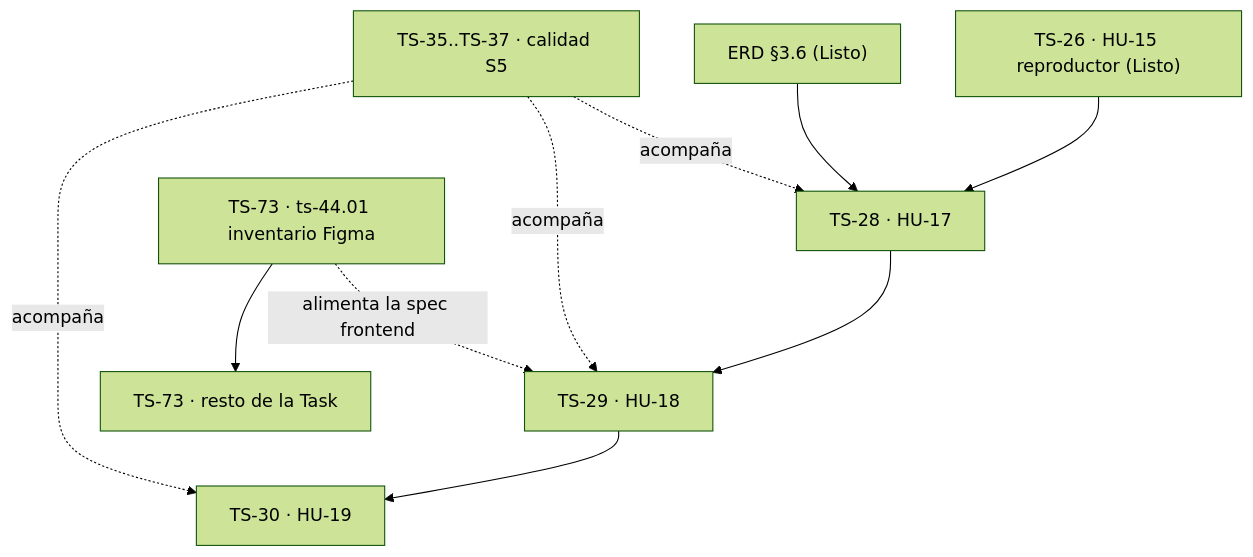
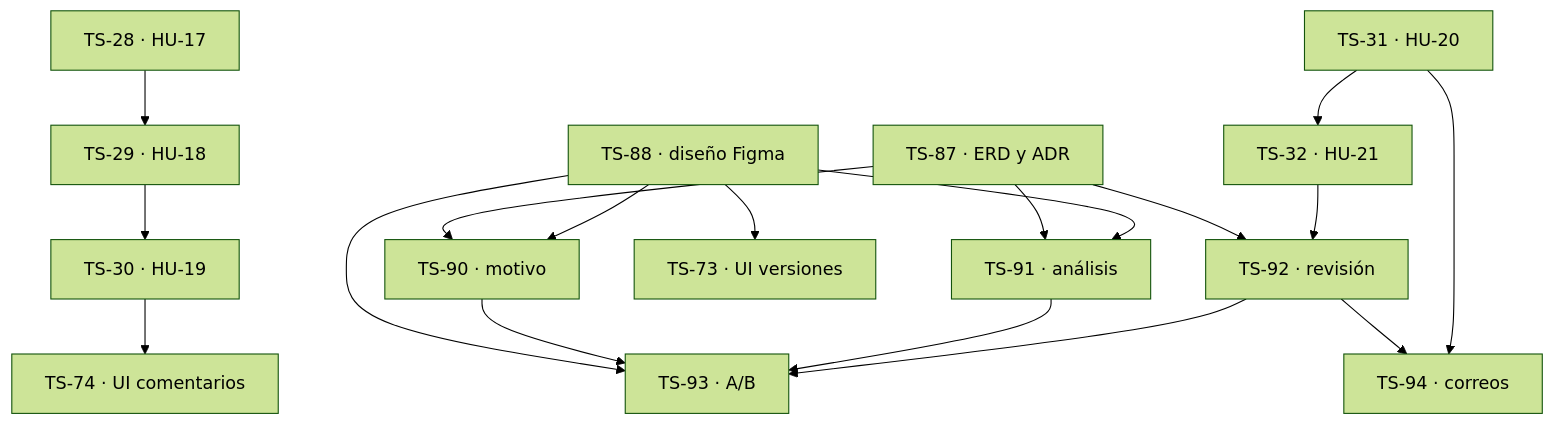
The diagram in docs/backlog/sprints/sprint-05.md (Bastian2704/trackstudio-demo), drawn with Mermaid (forest theme) before and after one commit. The commit also changed other lines of this file and 5 other files, not shown here.

````diff
--- a/docs/backlog/sprints/sprint-05.md
+++ b/docs/backlog/sprints/sprint-05.md
@@ -42,12 +57,18 @@
 ```mermaid
 flowchart TD
-    P["TS-26 · HU-15 reproductor (Listo)"] --> A["TS-28 · HU-17"]
-    E["ERD §3.6 (Listo)"] --> A
-    A --> B["TS-29 · HU-18"]
-    B --> C["TS-30 · HU-19"]
-    F["TS-73 · ts-44.01 inventario Figma"] -. alimenta la spec frontend .-> B
-    F --> G["TS-73 · resto de la Task"]
-    Q["TS-35..TS-37 · calidad S5"] -. acompaña .-> A
-    Q -. acompaña .-> B
-    Q -. acompaña .-> C
+    ERD["TS-87 · ERD y ADR"] --> MOT["TS-90 · motivo"]
+    ERD --> ANA["TS-91 · análisis"]
+    ERD --> REV["TS-92 · revisión"]
+    FIG["TS-88 · diseño Figma"] --> MOT
+    FIG --> ANA
+    FIG --> AB["TS-93 · A/B"]
+    FIG --> UIV["TS-73 · UI versiones"]
+    C17["TS-28 · HU-17"] --> C18["TS-29 · HU-18"] --> C19["TS-30 · HU-19"]
+    C19 --> UIC["TS-74 · UI comentarios"]
+    H20["TS-31 · HU-20"] --> H21["TS-32 · HU-21"] --> REV
+    MOT --> AB
+    ANA --> AB
+    REV --> AB
+    REV --> MAIL["TS-94 · correos"]
+    H20 --> MAIL
 ```
````
